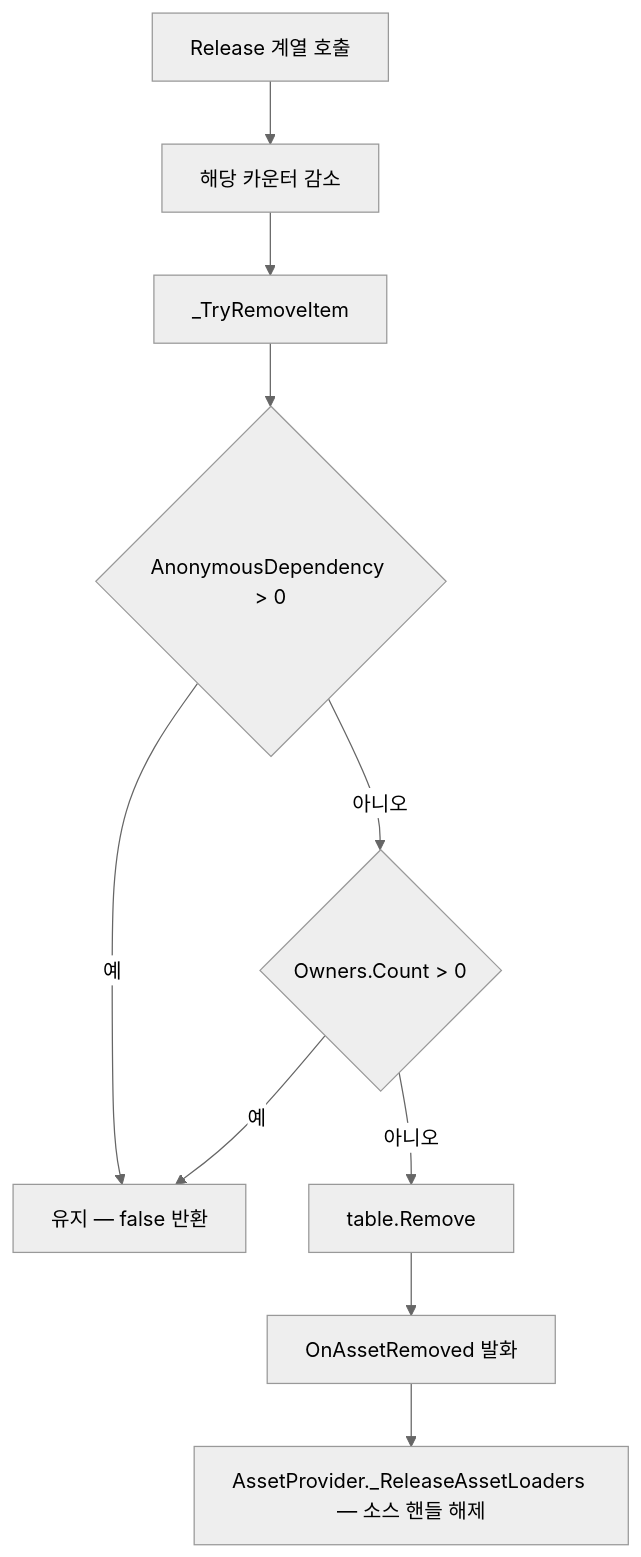
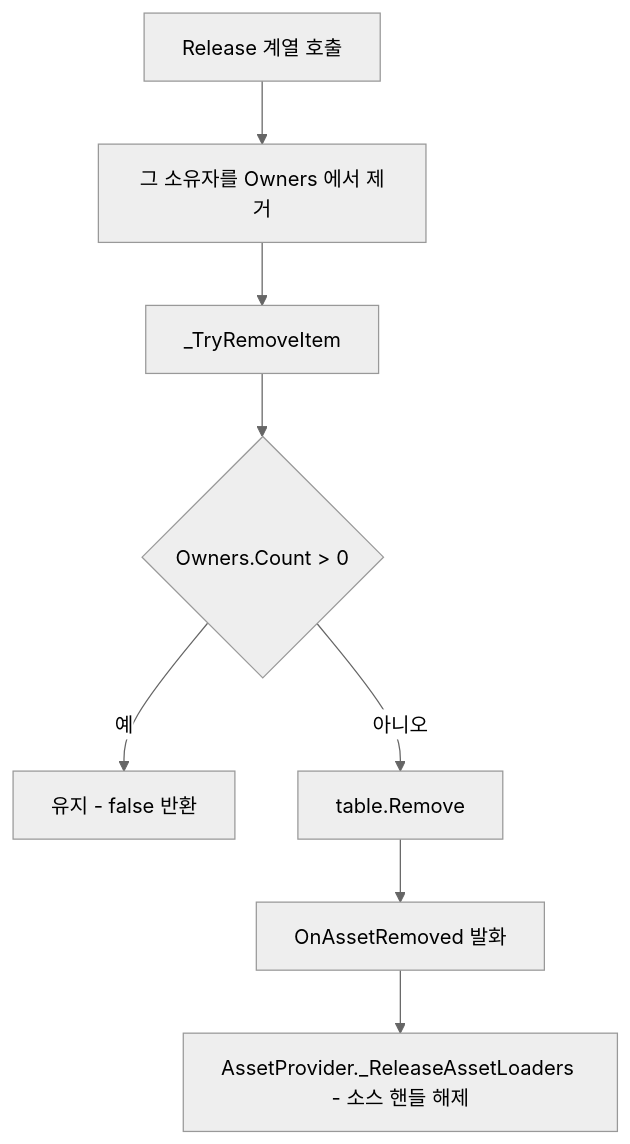
One commit to HoHong123/HCUP-Unity changed the second of 3 diagrams in HResource/docs/Cache.md. Above: the diagram before and after it, drawn with Mermaid (neutral theme). The commit also changed other lines of this file, not shown here.

````diff
--- a/HResource/docs/Cache.md
+++ b/HResource/docs/Cache.md
@@ -62,12 +64,10 @@
 ```mermaid
 flowchart TD
-    A["Release 계열 호출"] --> B["해당 카운터 감소"]
+    A["Release 계열 호출"] --> B["그 소유자를 Owners 에서 제거"]
     B --> C["_TryRemoveItem"]
-    C --> D{"AnonymousDependency &gt; 0"}
-    D -->|예| E["유지 — false 반환"]
-    D -->|아니오| F{"Owners.Count &gt; 0"}
-    F -->|예| E
+    C --> F{"Owners.Count &gt; 0"}
+    F -->|예| E["유지 - false 반환"]
     F -->|아니오| G["table.Remove"]
     G --> H["OnAssetRemoved 발화"]
-    H --> I["AssetProvider._ReleaseAssetLoaders — 소스 핸들 해제"]
+    H --> I["AssetProvider._ReleaseAssetLoaders - 소스 핸들 해제"]
 ```
````
